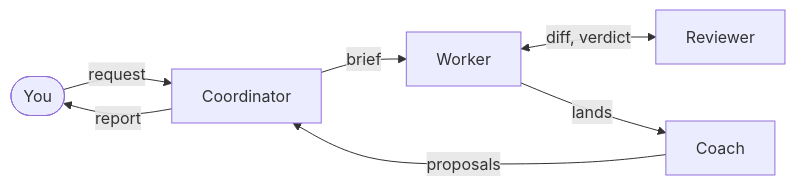
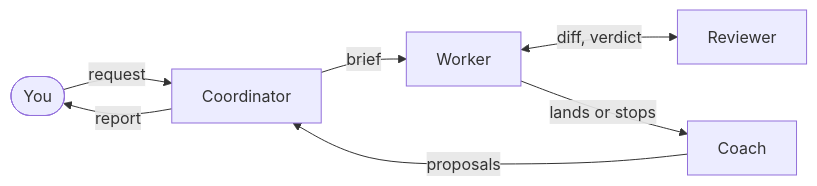
One commit to cniska/agent-skills changed the diagram in README.md. Above: the diagram before and after it, drawn with Mermaid. The commit also changed other lines of this file and 6 other files, not shown here.

````diff
--- a/README.md
+++ b/README.md
@@ -25,9 +25,9 @@
 ```mermaid
 flowchart LR
   you(["You"]) -- "request" --> coord["Coordinator"]
   coord -- "brief" --> worker["Worker"]
   worker <-- "diff, verdict" --> reviewer["Reviewer"]
-  worker -- "lands" --> coach["Coach"]
+  worker -- "lands or stops" --> coach["Coach"]
   coach -- "proposals" --> coord
   coord -- "report" --> you
 ```
````
